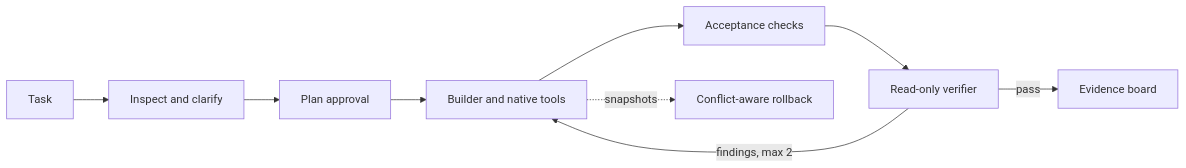
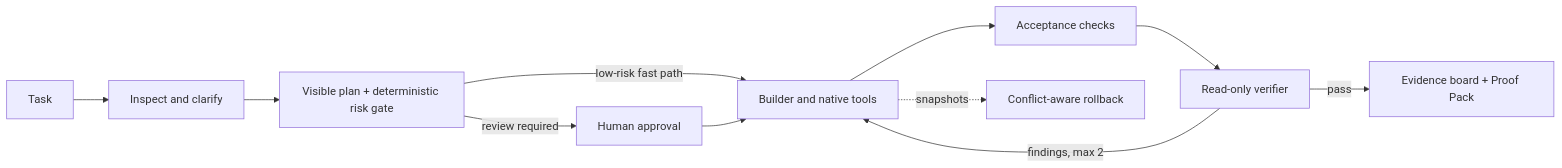
The diagram in README.md (iamzwxyy/traceforge), drawn with Mermaid before and after one commit. The commit also changed other lines of this file and 32 other files, not shown here.

Commit message:
feat: add risk-adaptive proof workflow

````diff
--- a/README.md
+++ b/README.md
@@ -77,11 +84,13 @@
 ```mermaid
 flowchart LR
     A[Task] --> B[Inspect and clarify]
-    B --> C[Plan approval]
-    C --> D[Builder and native tools]
+    B --> C[Visible plan + deterministic risk gate]
+    C -->|low-risk fast path| D[Builder and native tools]
+    C -->|review required| H[Human approval]
+    H --> D
     D --> E[Acceptance checks]
     E --> F[Read-only verifier]
-    F -->|pass| G[Evidence board]
+    F -->|pass| G[Evidence board + Proof Pack]
     F -->|findings, max 2| D
-    D -. snapshots .-> H[Conflict-aware rollback]
+    D -. snapshots .-> I[Conflict-aware rollback]
 ```
````
